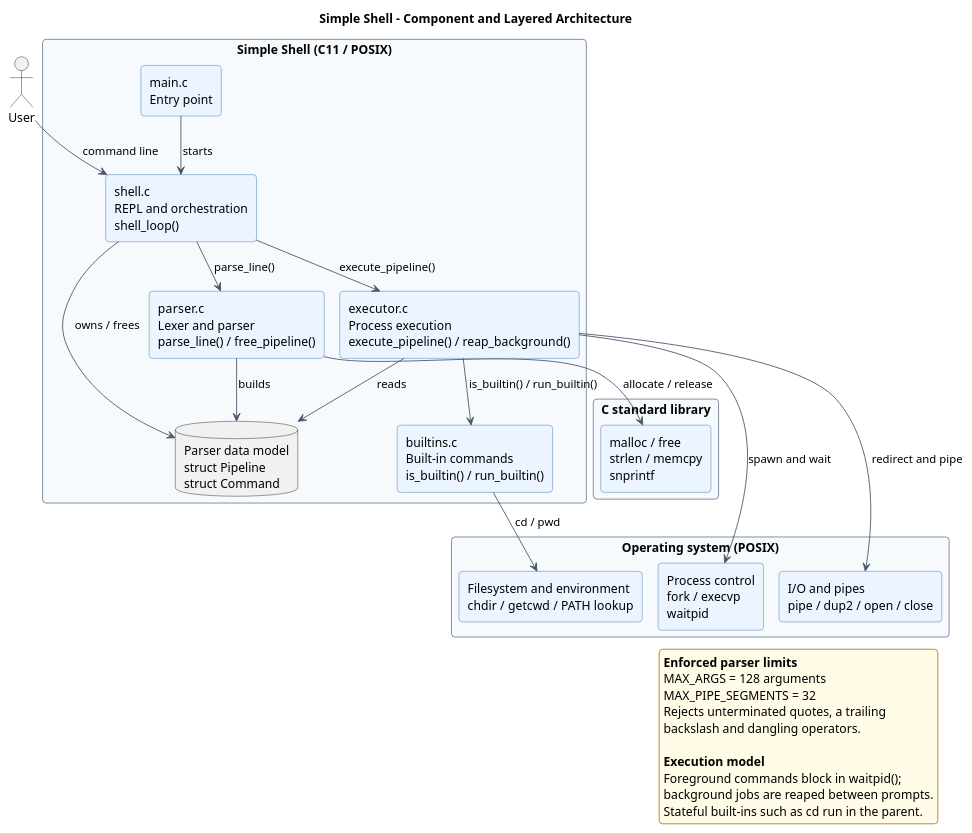
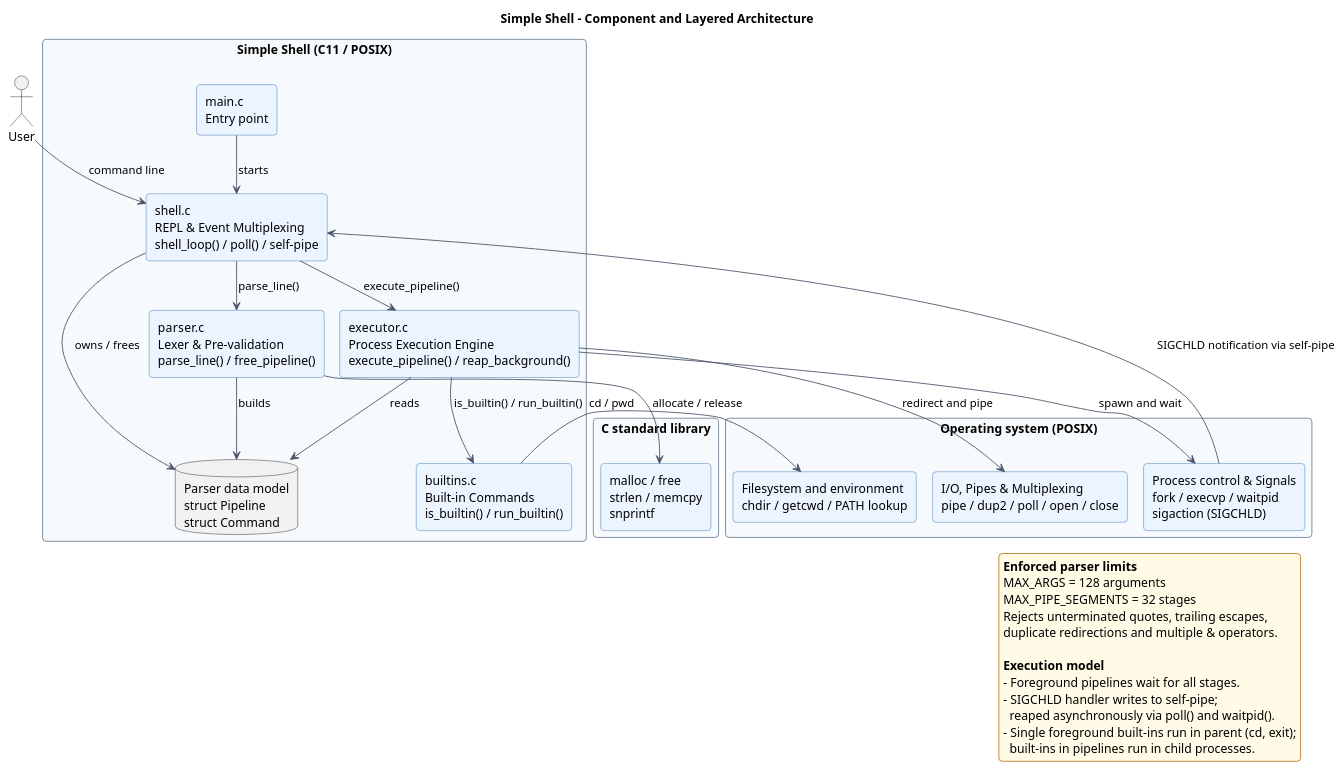
One commit to SE-H1-SimpleShell/MiniProject_H1_SimpleShell changed the diagram in 4-Architectural-Design/Architecture.puml. Above: the diagram before and after it, drawn with PlantUML. The commit also changed 7 other files, not shown here.

Commit message:
docs: finalize project documentation and architecture for issue 17

```diff
--- a/4-Architectural-Design/Architecture.puml
+++ b/4-Architectural-Design/Architecture.puml
@@ -1,68 +1,71 @@
 @startuml Architecture
 !pragma layout smetana
 
 skinparam shadowing false
 skinparam defaultFontName "Segoe UI"
 skinparam roundCorner 8
 skinparam componentStyle rectangle
 skinparam packageStyle rectangle
 skinparam ArrowColor #4A5568
 skinparam ComponentBackgroundColor #EBF4FF
 skinparam ComponentBorderColor #2B6CB0
 skinparam PackageBackgroundColor #F7FAFC
 skinparam PackageBorderColor #718096
 skinparam LegendBackgroundColor #FFFBE6
 skinparam LegendBorderColor #B7791F
 
 title Simple Shell - Component and Layered Architecture
 
 actor "User" as user
 
 package "Simple Shell (C11 / POSIX)" as app {
 
   component "main.c\nEntry point" as main
-  component "shell.c\nREPL and orchestration\nshell_loop()" as shell
-  component "parser.c\nLexer and parser\nparse_line() / free_pipeline()" as parser
-  component "executor.c\nProcess execution\nexecute_pipeline() / reap_background()" as executor
-  component "builtins.c\nBuilt-in commands\nis_builtin() / run_builtin()" as builtins
+  component "shell.c\nREPL & Event Multiplexing\nshell_loop() / poll() / self-pipe" as shell
+  component "parser.c\nLexer & Pre-validation\nparse_line() / free_pipeline()" as parser
+  component "executor.c\nProcess Execution Engine\nexecute_pipeline() / reap_background()" as executor
+  component "builtins.c\nBuilt-in Commands\nis_builtin() / run_builtin()" as builtins
   database "Parser data model\nstruct Pipeline\nstruct Command" as model
 
 }
 
 package "C standard library" as libc {
   component "malloc / free\nstrlen / memcpy\nsnprintf" as memlib
 }
 
 package "Operating system (POSIX)" as os {
-  component "Process control\nfork / execvp\nwaitpid" as proc
-  component "I/O and pipes\npipe / dup2 / open / close" as io
+  component "Process control & Signals\nfork / execvp / waitpid\nsigaction (SIGCHLD)" as proc
+  component "I/O, Pipes & Multiplexing\npipe / dup2 / poll / open / close" as io
   component "Filesystem and environment\nchdir / getcwd / PATH lookup" as fs
 }
 
 user --> shell : command line
 main --> shell : starts
 shell --> parser : parse_line()
 parser --> model : builds
 shell --> executor : execute_pipeline()
 shell --> model : owns / frees
 executor --> model : reads
 executor --> builtins : is_builtin() / run_builtin()
 executor --> proc : spawn and wait
 executor --> io : redirect and pipe
 builtins --> fs : cd / pwd
 parser --> memlib : allocate / release
+proc --> shell : SIGCHLD notification via self-pipe
 
 legend right
   <b>Enforced parser limits</b>
   MAX_ARGS = 128 arguments
-  MAX_PIPE_SEGMENTS = 32
-  Rejects unterminated quotes, a trailing
-  backslash and dangling operators.
+  MAX_PIPE_SEGMENTS = 32 stages
+  Rejects unterminated quotes, trailing escapes,
+  duplicate redirections and multiple & operators.
 
   <b>Execution model</b>
-  Foreground commands block in waitpid();
-  background jobs are reaped between prompts.
-  Stateful built-ins such as cd run in the parent.
+  - Foreground pipelines wait for all stages.
+  - SIGCHLD handler writes to self-pipe;
+    reaped asynchronously via poll() and waitpid().
+  - Single foreground built-ins run in parent (cd, exit);
+    built-ins in pipelines run in child processes.
 endlegend
 
 @enduml
```
